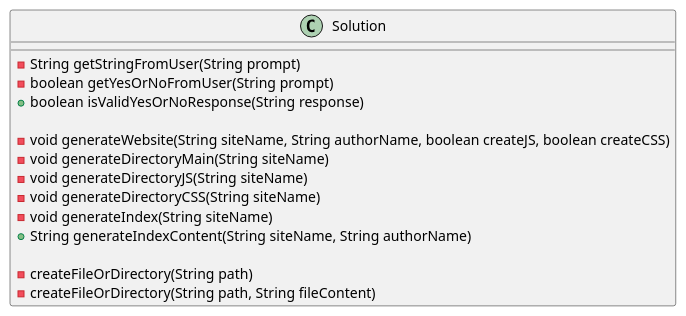
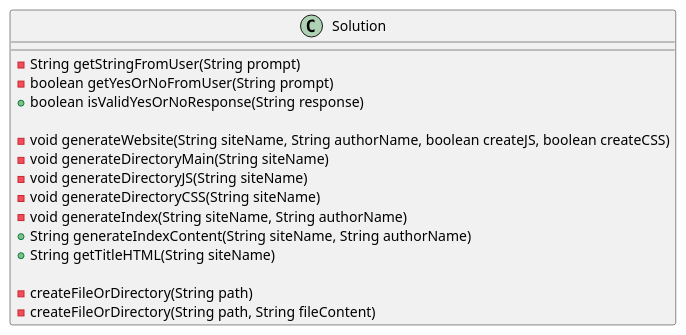
The diagram in exercise43/docs/diagram.puml (billyfurie/furie-a04), drawn with PlantUML before and after one commit. The commit also changed 12 other files, not shown here.

```diff
--- a/exercise43/docs/diagram.puml
+++ b/exercise43/docs/diagram.puml
@@ -1,20 +1,21 @@
 @startuml
 'https://plantuml.com/class-diagram
 
 class Solution {
     -String getStringFromUser(String prompt)
     -boolean getYesOrNoFromUser(String prompt)
     +boolean isValidYesOrNoResponse(String response)
 
     -void generateWebsite(String siteName, String authorName, boolean createJS, boolean createCSS)
     -void generateDirectoryMain(String siteName)
     -void generateDirectoryJS(String siteName)
     -void generateDirectoryCSS(String siteName)
-    -void generateIndex(String siteName)
+    -void generateIndex(String siteName, String authorName)
     +String generateIndexContent(String siteName, String authorName)
+    +String getTitleHTML(String siteName)
 
     -createFileOrDirectory(String path)
     -createFileOrDirectory(String path, String fileContent)
 }
 
 @enduml
```
